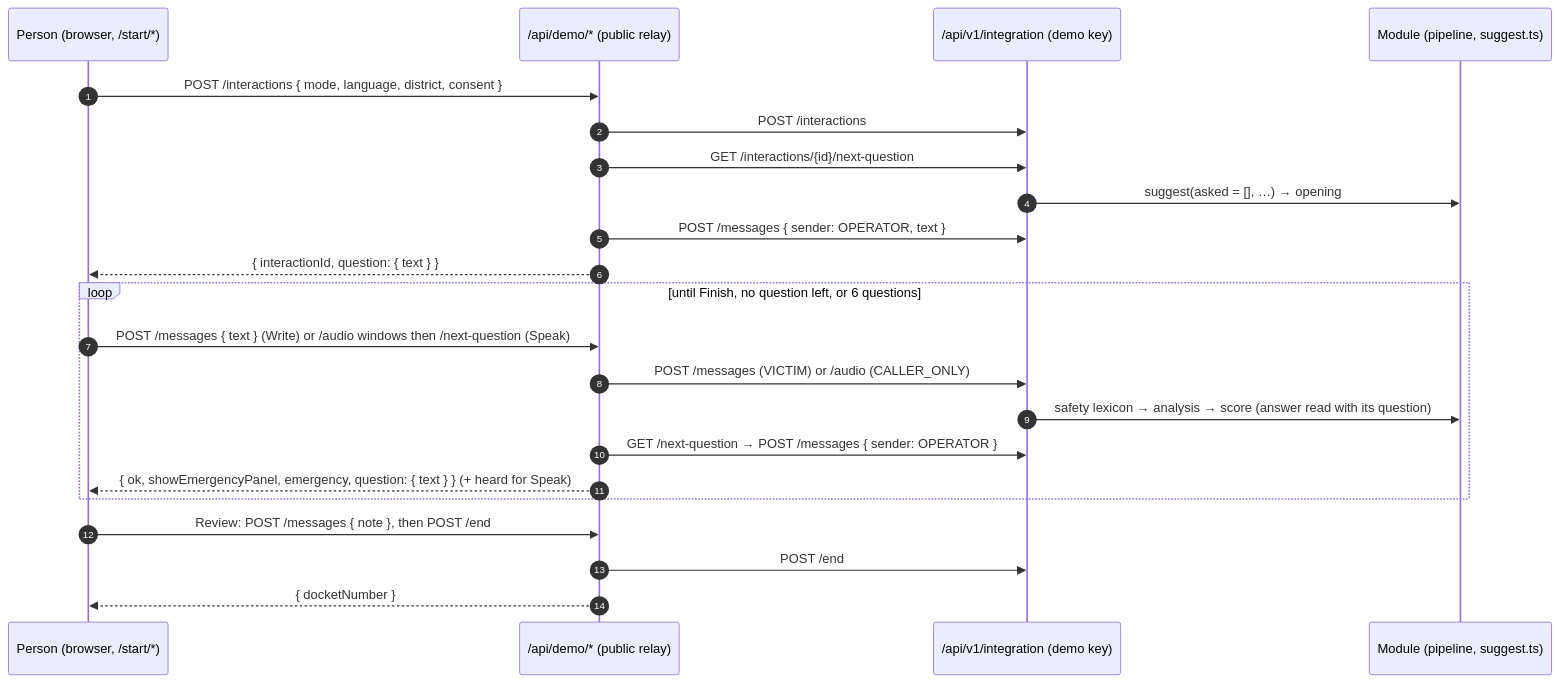
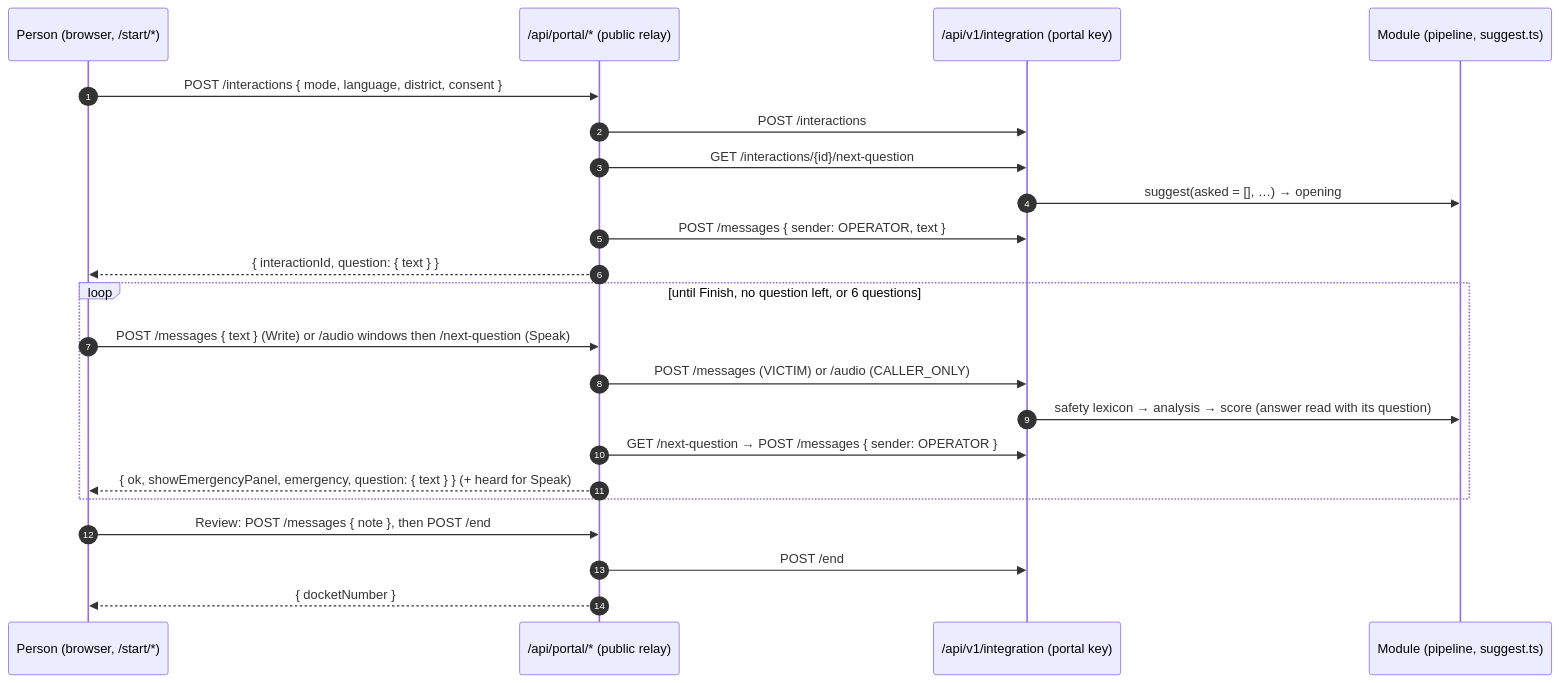
Before and after one commit to anushkaa2205/AI-Based-Real-Time-Stress-and-Trauma-Assessment-Module: the ninth of 12 diagrams in docs/ARCHITECTURE.md, drawn with Mermaid. The commit also changed other lines of this file and 13 other files, not shown here.

````diff
--- a/docs/ARCHITECTURE.md
+++ b/docs/ARCHITECTURE.md
@@ -347,25 +347,25 @@
 ```mermaid
 sequenceDiagram
     autonumber
     participant P as Person (browser, /start/*)
-    participant D as /api/demo/* (public relay)
-    participant API as /api/v1/integration (demo key)
+    participant D as /api/portal/* (public relay)
+    participant API as /api/v1/integration (portal key)
     participant M as Module (pipeline, suggest.ts)
 
     P->>D: POST /interactions { mode, language, district, consent }
     D->>API: POST /interactions
     D->>API: GET /interactions/{id}/next-question
     API->>M: suggest(asked = [], …) → opening
     D->>API: POST /messages { sender: OPERATOR, text }
     D-->>P: { interactionId, question: { text } }
     loop until Finish, no question left, or 6 questions
         P->>D: POST /messages { text } (Write) or /audio windows then /next-question (Speak)
         D->>API: POST /messages (VICTIM) or /audio (CALLER_ONLY)
         API->>M: safety lexicon → analysis → score (answer read with its question)
         D->>API: GET /next-question → POST /messages { sender: OPERATOR }
         D-->>P: { ok, showEmergencyPanel, emergency, question: { text } } (+ heard for Speak)
     end
     P->>D: Review: POST /messages { note }, then POST /end
     D->>API: POST /end
     D-->>P: { docketNumber }
 ```
````
